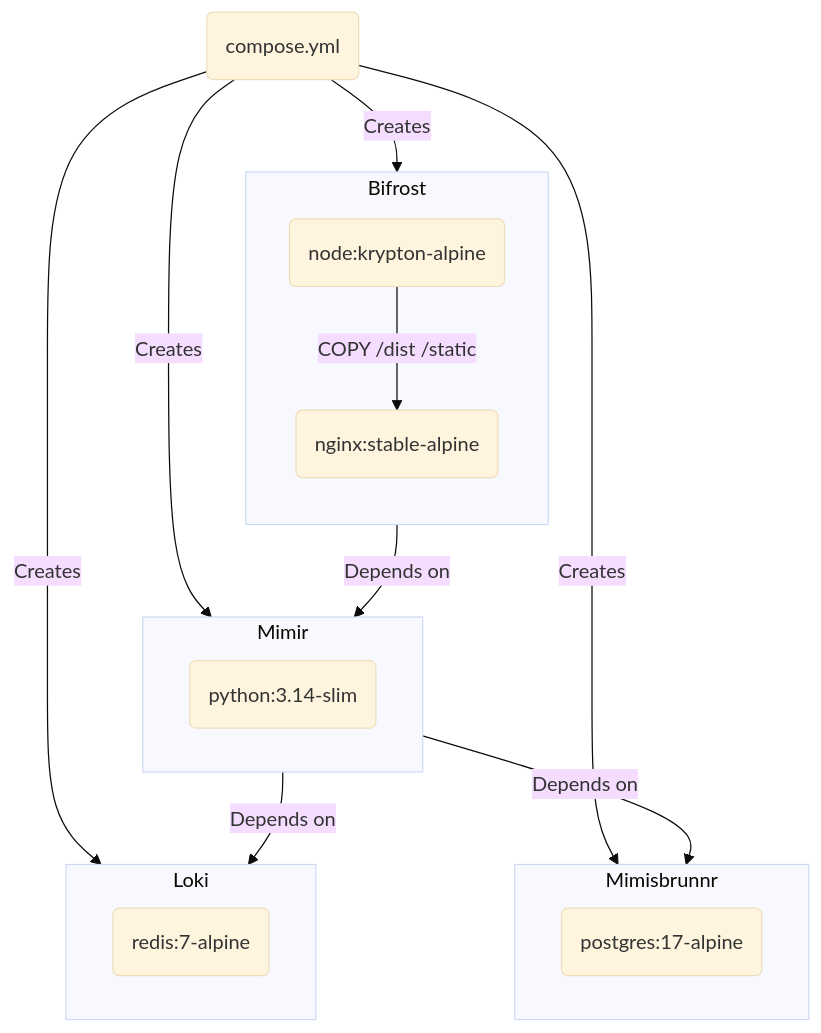
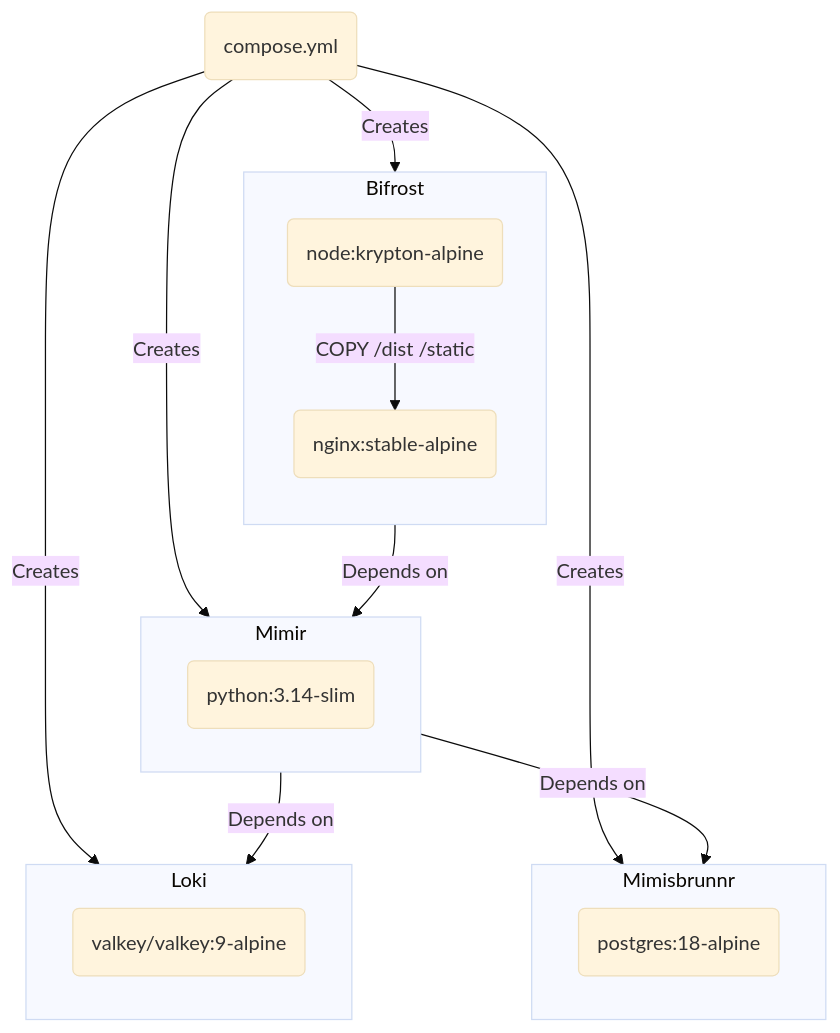
The first of 3 diagrams in README.md (matthew-shaw/conflux), drawn with Mermaid (base theme) before and after one commit. The commit also changed other lines of this file and 1 other file, not shown here.

Commit message:
swap redis to valkey

````diff
--- a/README.md
+++ b/README.md
@@ -78,30 +78,30 @@
 ```mermaid
 flowchart TB
     compose(compose.yml)
     nginx(nginx:stable-alpine)
     node(node:krypton-alpine)
-    postgres(postgres:17-alpine)
+    postgres(postgres:18-alpine)
     python(python:3.14-slim)
-    redis(redis:7-alpine)
+    valkey(valkey/valkey:9-alpine)
 
     compose -- Creates --> Mimir & Loki & Bifrost & Mimisbrunnr
     Mimir -- Depends on --> Loki & Mimisbrunnr
     Bifrost -- Depends on --> Mimir
 
     subgraph Bifrost
         direction TB
         node -- COPY /dist /static --> nginx
     end
 
     subgraph Mimir
         python
     end
 
     subgraph Mimisbrunnr
         postgres
     end
 
     subgraph Loki
-        redis
+        valkey
     end
 ```
````
